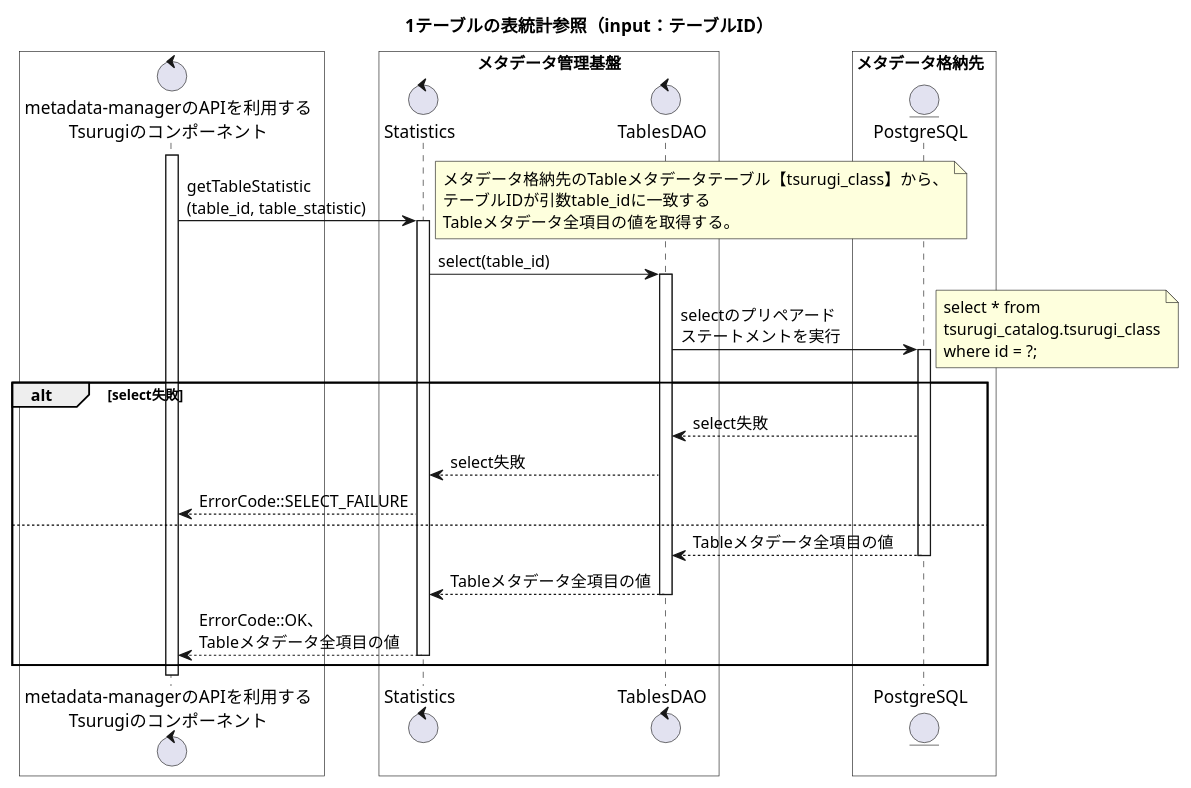
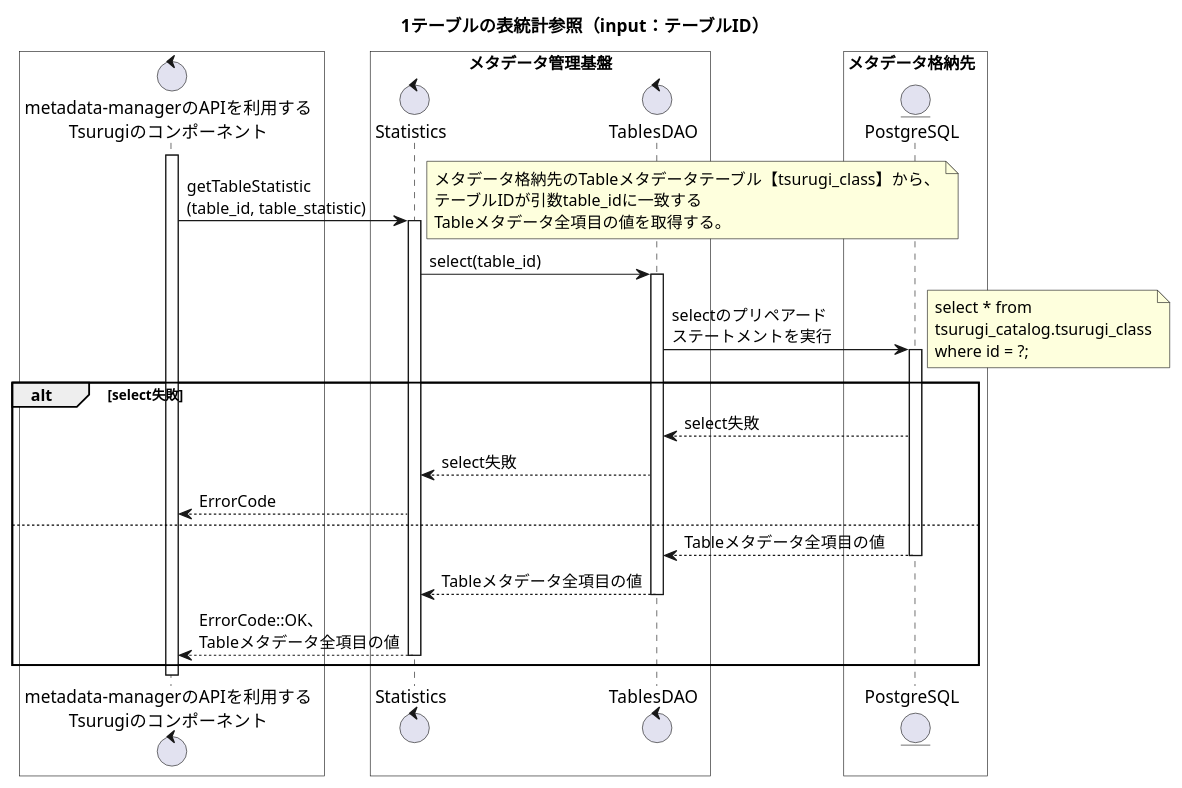
The ninth of 12 diagrams in metadata-manager/docs/statistic/02.FD/uml/SequenceDiagram_detail.pu (project-tsurugi/metadata-manager), drawn with PlantUML before and after one commit. The commit also changed other lines of this file and 7 other files, not shown here.

Commit message:
Fix ErrorCode

```diff
--- a/metadata-manager/docs/statistic/02.FD/uml/SequenceDiagram_detail.pu
+++ b/metadata-manager/docs/statistic/02.FD/uml/SequenceDiagram_detail.pu
@@ -475,44 +475,44 @@
 @startuml
 title 1テーブルの表統計参照（input：テーブルID）
 
 box #White
 control "metadata-managerのAPIを利用する\nTsurugiのコンポーネント" as ogawayama
 end box
 box "メタデータ管理基盤" #White
 control "Statistics" as Statistics
 control "TablesDAO" as TablesDAO
 end box
 box メタデータ格納先  #White
 entity "PostgreSQL" as metadata_storage
 end box
 
 activate ogawayama
 ogawayama -> Statistics : getTableStatistic\n(table_id, table_statistic)
 activate Statistics
 note right
 メタデータ格納先のTableメタデータテーブル【tsurugi_class】から、
 テーブルIDが引数table_idに一致する
 Tableメタデータ全項目の値を取得する。
 end note
 Statistics -> TablesDAO : select(table_id)
 activate TablesDAO
 TablesDAO -> metadata_storage : selectのプリペアード\nステートメントを実行
 note right
 select * from 
 tsurugi_catalog.tsurugi_class
 where id = ?;
 end note
 activate metadata_storage
 alt select失敗
 TablesDAO <-- metadata_storage : select失敗
 Statistics <-- TablesDAO : select失敗
-ogawayama <-- Statistics : ErrorCode::SELECT_FAILURE
+ogawayama <-- Statistics : ErrorCode
 else
 TablesDAO <-- metadata_storage : Tableメタデータ全項目の値
 deactivate metadata_storage
 Statistics <-- TablesDAO : Tableメタデータ全項目の値
 deactivate TablesDAO
 ogawayama <-- Statistics : ErrorCode::OK、\nTableメタデータ全項目の値
 deactivate Statistics
 end
 @enduml
```
